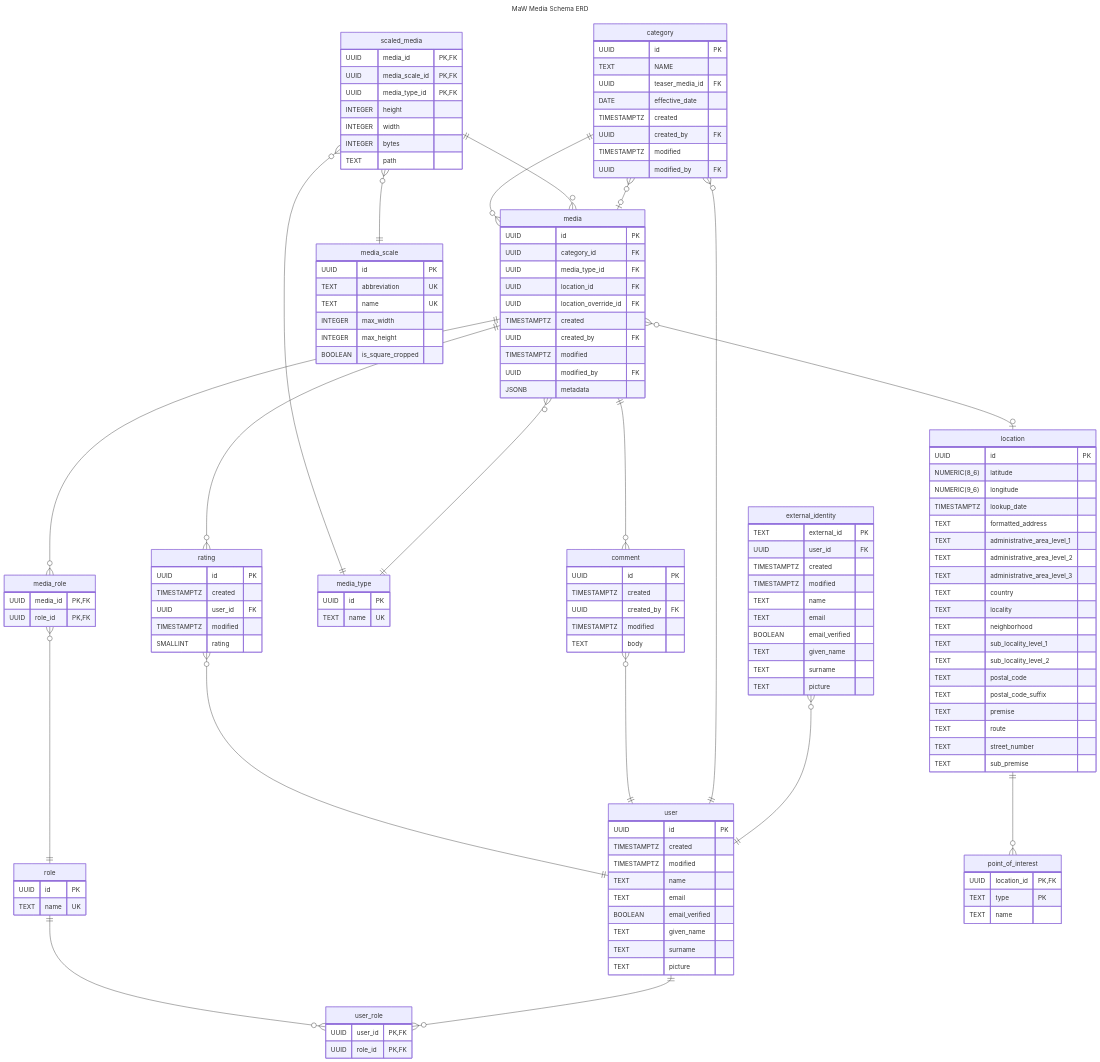
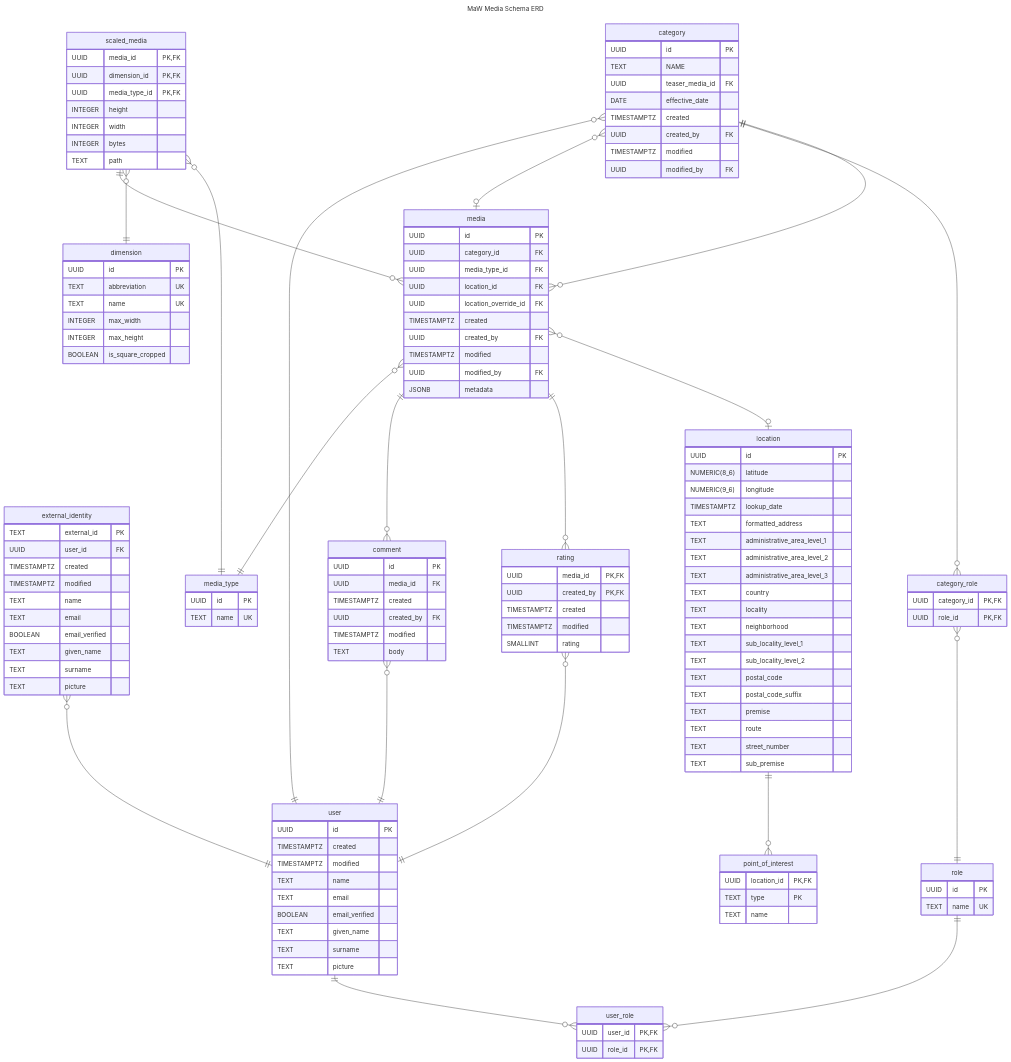
One commit to AerisG222/maw-media changed the diagram in src/db-postgres/design.mmd. Above: the diagram before and after it, drawn with Mermaid. The commit also changed 13 other files, not shown here.

```diff
--- a/src/db-postgres/design.mmd
+++ b/src/db-postgres/design.mmd
@@ -1,171 +1,170 @@
 ---
 title: MaW Media Schema ERD
 ---
 erDiagram
     %% external_id = nameidentifier
     external_identity {
         TEXT external_id PK
         UUID user_id FK
         TIMESTAMPTZ created
         TIMESTAMPTZ modified
         TEXT name
         TEXT email
         BOOLEAN email_verified
         TEXT given_name
         TEXT surname
         TEXT picture
     }
 
     user {
         UUID id PK
         TIMESTAMPTZ created
         TIMESTAMPTZ modified
         TEXT name
         TEXT email
         BOOLEAN email_verified
         TEXT given_name
         TEXT surname
         TEXT picture
     }
 
     role {
         UUID id PK
         TEXT name UK
     }
 
     user_role {
         UUID user_id PK, FK
         UUID role_id PK, FK
     }
 
     category {
         UUID id PK
         TEXT NAME
         UUID teaser_media_id FK
         DATE effective_date
         TIMESTAMPTZ created
         UUID created_by FK
         TIMESTAMPTZ modified
         UUID modified_by FK
     }
 
-    media_role {
-        UUID media_id PK, FK
+    category_role {
+        UUID category_id PK, FK
         UUID role_id PK, FK
     }
 
     media_type {
         UUID id PK
         TEXT name UK
     }
 
     media {
         UUID id PK
         UUID category_id FK
         UUID media_type_id FK
         UUID location_id FK
         UUID location_override_id FK
         TIMESTAMPTZ created
         UUID created_by FK
         TIMESTAMPTZ modified
         UUID modified_by FK
         JSONB metadata
     }
 
     location {
         UUID id PK
         NUMERIC(8_6) latitude
         NUMERIC(9_6) longitude
         TIMESTAMPTZ lookup_date
         TEXT formatted_address
         TEXT administrative_area_level_1
         TEXT administrative_area_level_2
         TEXT administrative_area_level_3
         TEXT country
         TEXT locality
         TEXT neighborhood
         TEXT sub_locality_level_1
         TEXT sub_locality_level_2
         TEXT postal_code
         TEXT postal_code_suffix
         TEXT premise
         TEXT route
         TEXT street_number
         TEXT sub_premise
     }
 
     point_of_interest {
         UUID location_id PK, FK
         TEXT type PK
         TEXT name
     }
 
     %% qqvg    ( 160 x  120)
     %% qvg     ( 320 x  240)
     %% nhd     ( 640 x  360)
     %% hd      (1280 x  720)
     %% full_hd (1920 x 1080)
     %% qhd     (2560 x 1440)
     %% 4k      (3840 x 2160)
     %% 5k      (5120 x 2880)  - skip for now
     %% 8k      (7680 × 4320)  - skip for now
     %% src     ?
-    media_scale {
+    dimension {
         UUID id PK
         TEXT abbreviation UK
         TEXT name UK
         INTEGER max_width
         INTEGER max_height
         BOOLEAN is_square_cropped
     }
 
     scaled_media {
         UUID media_id PK, FK
-        UUID media_scale_id PK, FK
+        UUID dimension_id PK, FK
         UUID media_type_id PK, FK
         INTEGER height
         INTEGER width
         INTEGER bytes
         TEXT path
     }
 
     comment {
         UUID id PK
+        UUID media_id FK
         TIMESTAMPTZ created
         UUID created_by FK
         TIMESTAMPTZ modified
         TEXT body
     }
 
     rating {
-        UUID id PK
+        UUID media_id PK, FK
+        UUID created_by PK, FK
         TIMESTAMPTZ created
-        UUID user_id FK
         TIMESTAMPTZ modified
         SMALLINT rating
     }
 
     external_identity }o--|| user : ""
     user ||--o{ user_role : ""
     role ||--o{ user_role : ""
 
     category }o--|| user : ""
     category }o--o| media : ""
-
-    %% assign perms here to allow flexibility of showing/hiding media on a per role basis
-    media_role }o--|| role : ""
+    category ||--o{ category_role : ""
+    category_role }o--|| role : ""
 
     media }o--|| category : ""
     media }o--|| media_type : ""
-    media ||--o{ media_role : ""
     media ||--o{ comment: ""
     media ||--o{ rating: ""
     media }o--o| location : ""
 
     location ||--o{ point_of_interest : ""
     comment }o--|| user : ""
     rating }o--|| user : ""
 
     scaled_media ||--o{ media : ""
-    scaled_media }o--|| media_scale : ""
+    scaled_media }o--|| dimension : ""
     scaled_media }o--|| media_type : ""
```
